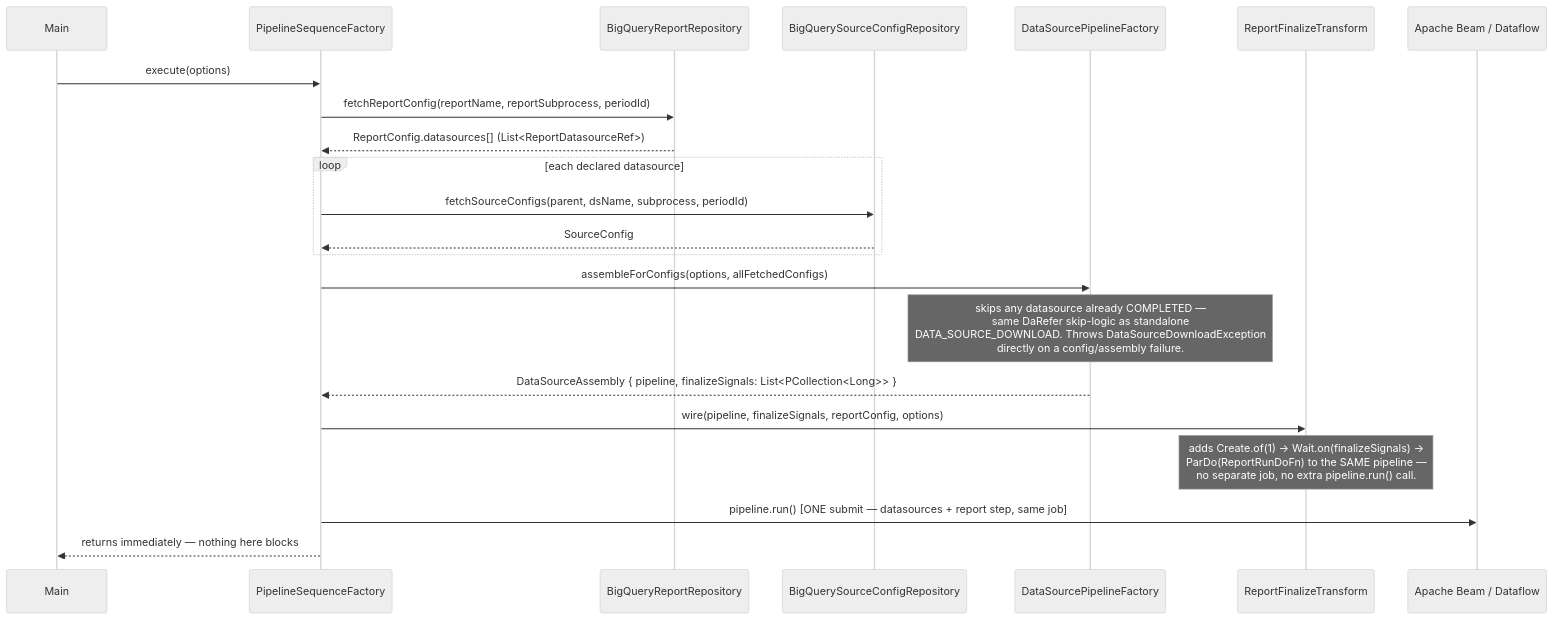
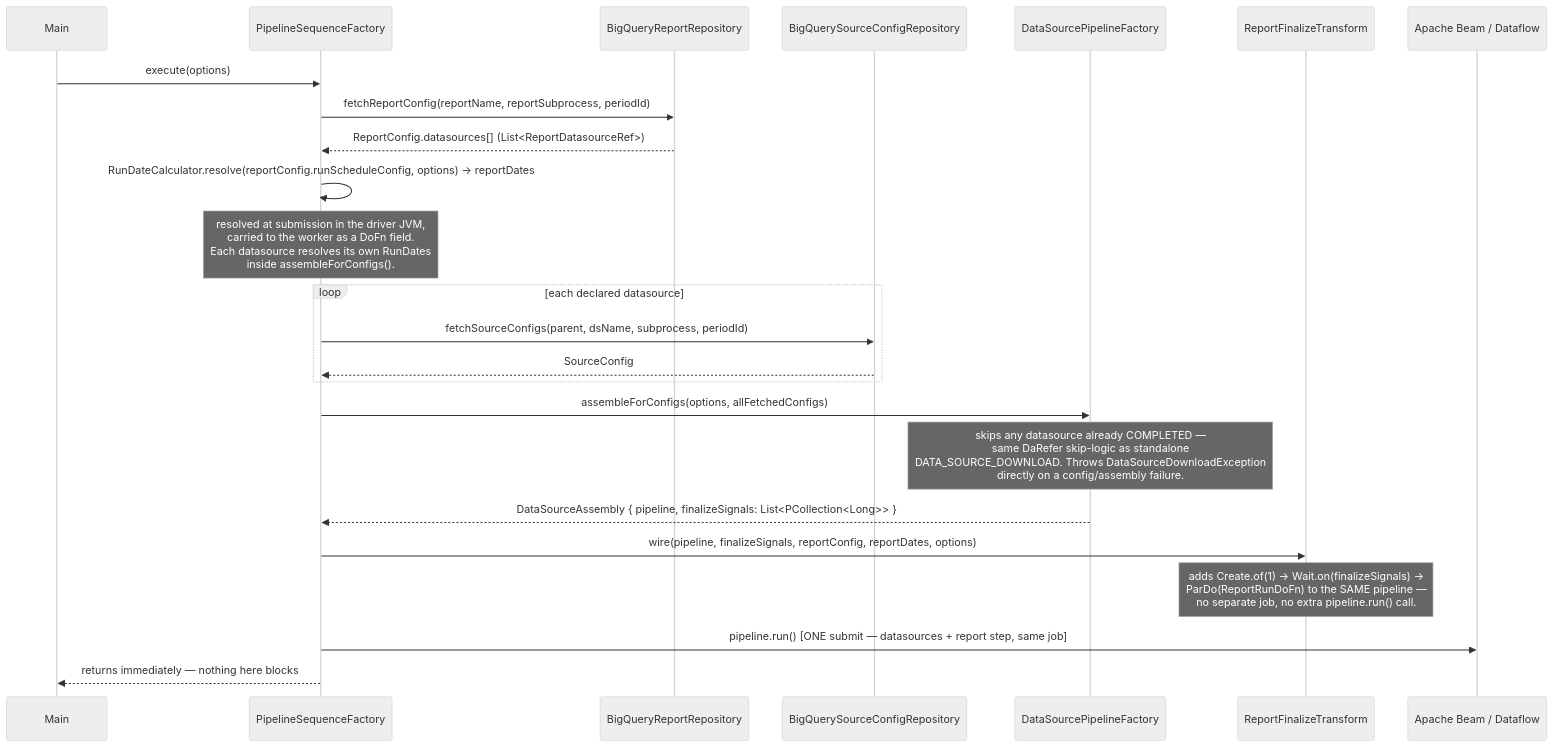
Before and after one commit to tushark-16bit/beam_framework: diagram 15 of 17 in WALKTHROUGH.md, drawn with Mermaid (neutral theme). The commit also changed other lines of this file and 18 other files, not shown here.

````diff
--- a/WALKTHROUGH.md
+++ b/WALKTHROUGH.md
@@ -925,29 +927,31 @@
 ```mermaid
 sequenceDiagram
     participant Main
     participant PSF as PipelineSequenceFactory
     participant RR as BigQueryReportRepository
     participant SCR as BigQuerySourceConfigRepository
     participant DSF as DataSourcePipelineFactory
     participant RFT as ReportFinalizeTransform
     participant Beam as Apache Beam / Dataflow
 
     Main->>PSF: execute(options)
     PSF->>RR: fetchReportConfig(reportName, reportSubprocess, periodId)
     RR-->>PSF: ReportConfig.datasources[] (List<ReportDatasourceRef>)
+    PSF->>PSF: RunDateCalculator.resolve(reportConfig.runScheduleConfig, options) → reportDates
+    Note over PSF: resolved at submission in the driver JVM,<br/>carried to the worker as a DoFn field.<br/>Each datasource resolves its own RunDates<br/>inside assembleForConfigs().
 
     loop each declared datasource
         PSF->>SCR: fetchSourceConfigs(parent, dsName, subprocess, periodId)
         SCR-->>PSF: SourceConfig
     end
 
     PSF->>DSF: assembleForConfigs(options, allFetchedConfigs)
     Note over DSF: skips any datasource already COMPLETED —<br/>same DaRefer skip-logic as standalone<br/>DATA_SOURCE_DOWNLOAD. Throws DataSourceDownloadException<br/>directly on a config/assembly failure.
     DSF-->>PSF: DataSourceAssembly { pipeline, finalizeSignals: List<PCollection<Long>> }
 
-    PSF->>RFT: wire(pipeline, finalizeSignals, reportConfig, options)
+    PSF->>RFT: wire(pipeline, finalizeSignals, reportConfig, reportDates, options)
     Note over RFT: adds Create.of(1) → Wait.on(finalizeSignals) →<br/>ParDo(ReportRunDoFn) to the SAME pipeline —<br/>no separate job, no extra pipeline.run() call.
 
     PSF->>Beam: pipeline.run()   [ONE submit — datasources + report step, same job]
     PSF-->>Main: returns immediately — nothing here blocks
 ```
````
